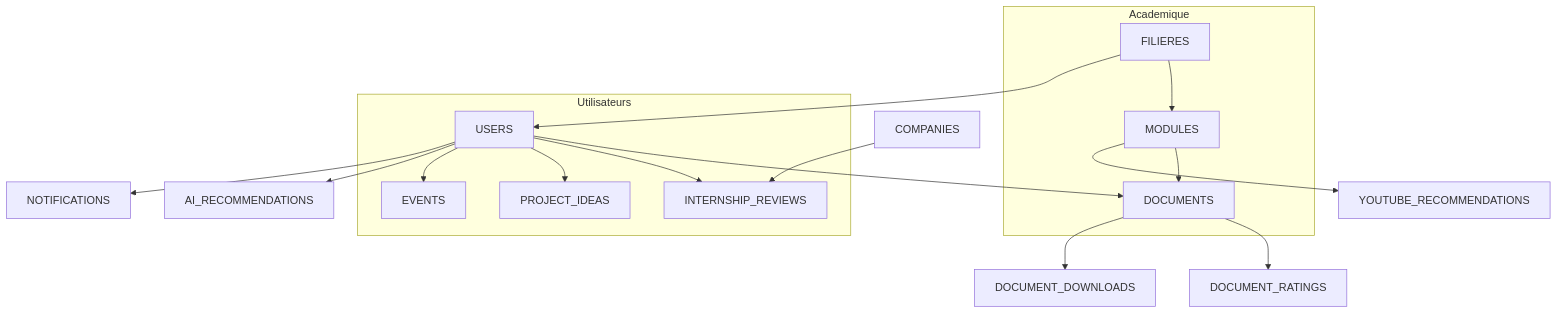
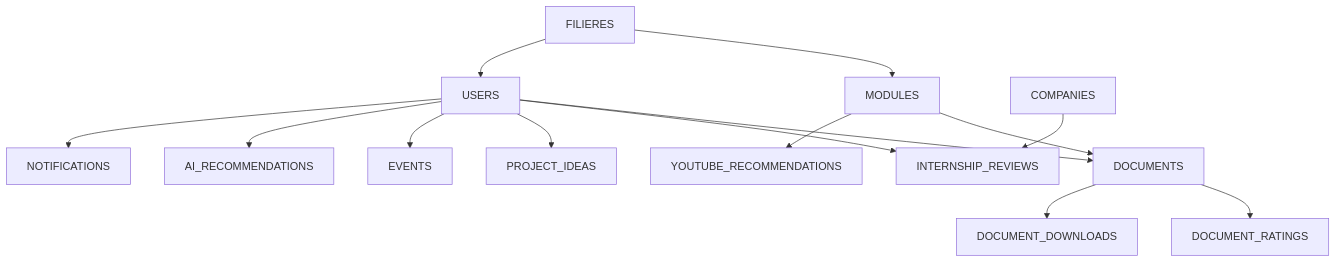
Before and after one commit to Claude20022002/StudyLib: the fifth of 15 diagrams in docs/RAPPORT.md, drawn with Mermaid. The commit also changed other lines of this file, not shown here.

Commit message:
Update RAPPORT.md to simplify the entity-relationship diagram by flattening the structure, enhancing clarity in the relationships between entities, and adding a detailed explanation table for better understanding of the business logic.

````diff
--- a/docs/RAPPORT.md
+++ b/docs/RAPPORT.md
@@ -428,22 +430,19 @@
 ```mermaid
 flowchart TB
-    subgraph academique [Academique]
-        F[FILIERES] --> M[MODULES]
-        M --> D[DOCUMENTS]
-    end
+    FIL[FILIERES] --> MOD[MODULES]
+    MOD --> DOC[DOCUMENTS]
+    FIL --> USR[USERS]
 
-    subgraph Utilisateurs
-        U[USERS] --> D
-        U --> IR[INTERNSHIP_REVIEWS]
-        U --> PI[PROJECT_IDEAS]
-        U --> E[EVENTS]
-    end
+    USR --> DOC
+    USR --> IR[INTERNSHIP_REVIEWS]
+    USR --> PI[PROJECT_IDEAS]
+    USR --> EVT[EVENTS]
+    USR --> AI_REC[AI_RECOMMENDATIONS]
+    USR --> NOTIF[NOTIFICATIONS]
 
-    F --> U
-    D --> DR[DOCUMENT_RATINGS]
-    D --> DD[DOCUMENT_DOWNLOADS]
-    C[COMPANIES] --> IR
-    M --> YT[YOUTUBE_RECOMMENDATIONS]
-    U --> AI[AI_RECOMMENDATIONS]
-    U --> N[NOTIFICATIONS]
+    DOC --> RAT[DOCUMENT_RATINGS]
+    DOC --> DL[DOCUMENT_DOWNLOADS]
+
+    CO[COMPANIES] --> IR
+    MOD --> YT[YOUTUBE_RECOMMENDATIONS]
 ```
````
